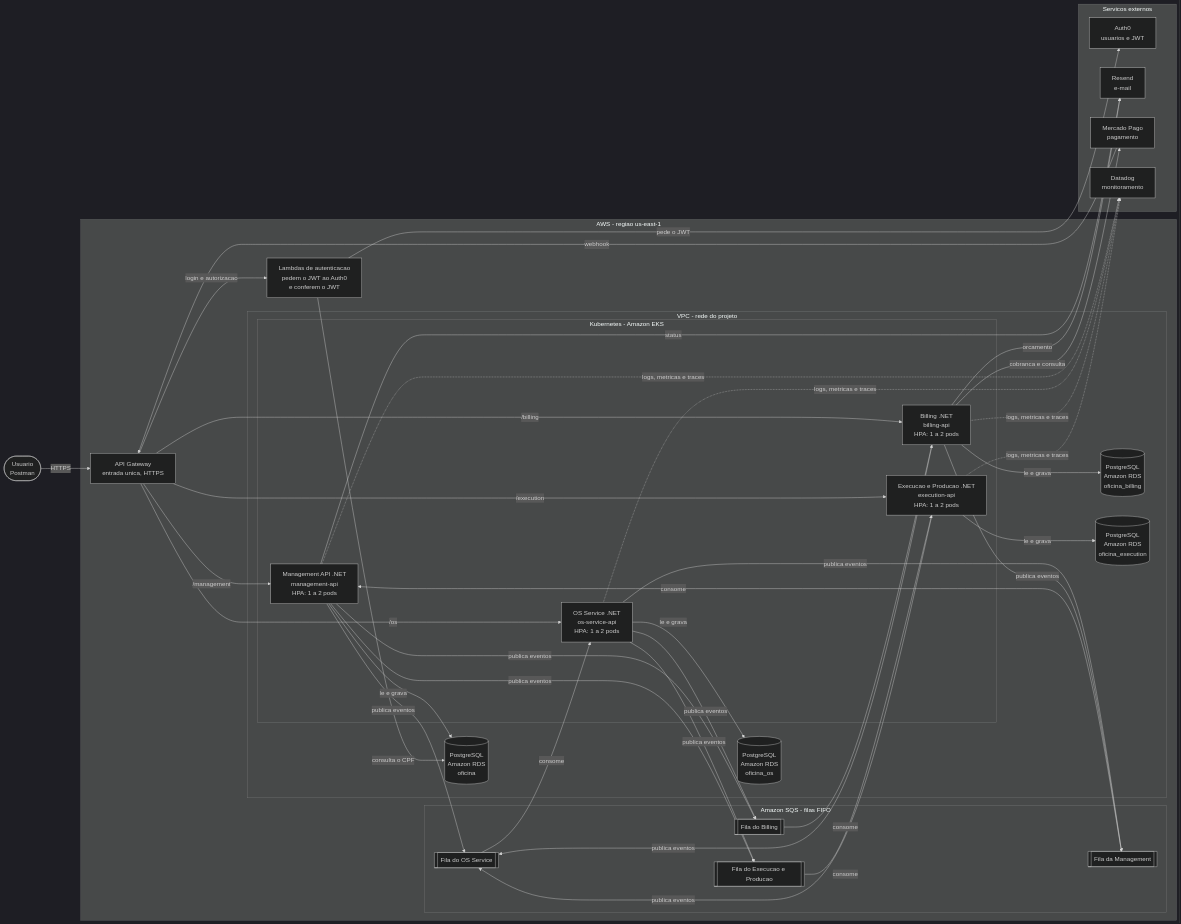
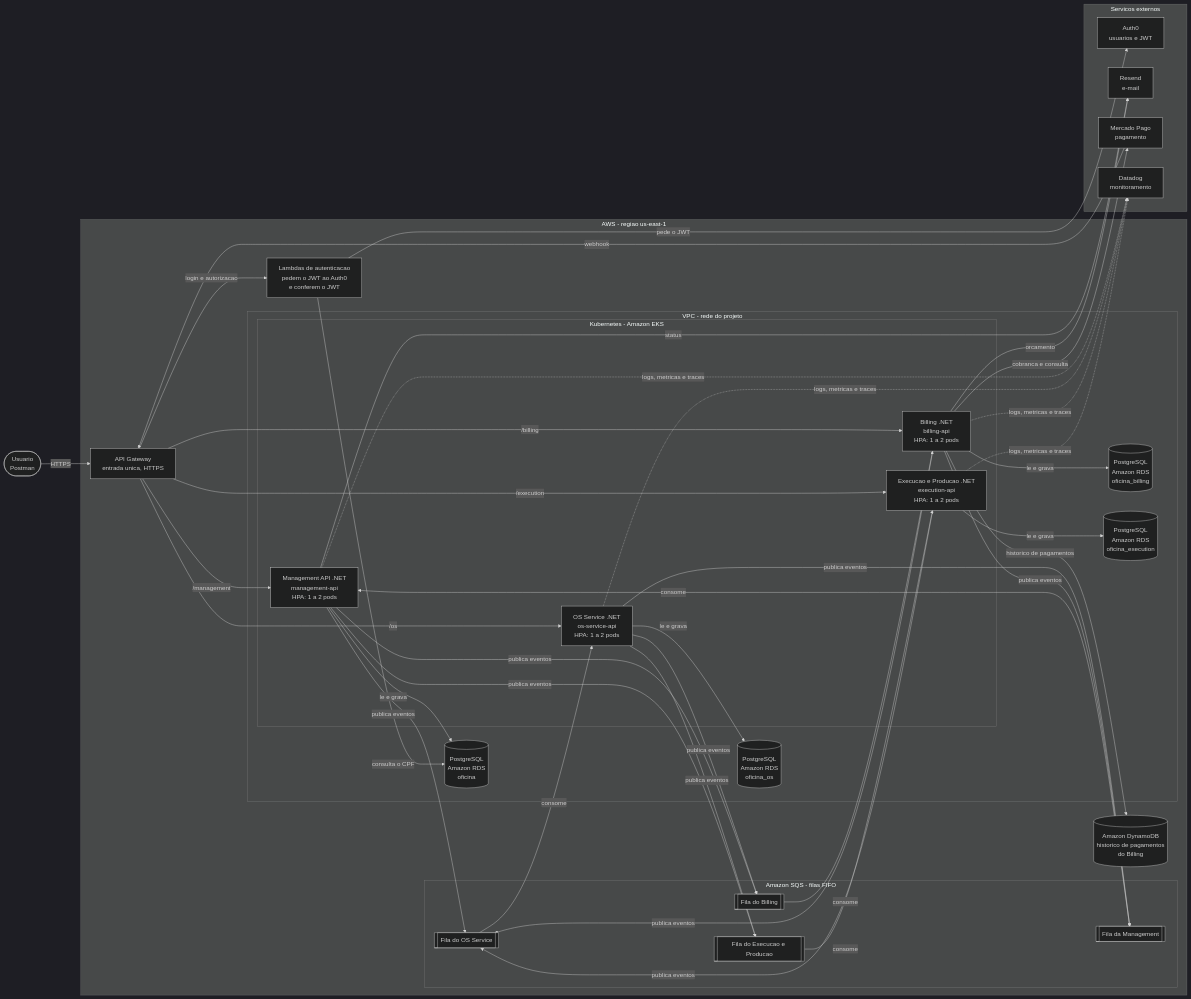
One commit to GuiToniello/tech-challenge-fase-4-MANAGEMENT-soat16-rm374658 changed the first of 6 diagrams in docs/arquitetura.md. Above: the diagram before and after it, drawn with Mermaid (dark theme). The commit also changed other lines of this file and 6 other files, not shown here.

````diff
--- a/docs/arquitetura.md
+++ b/docs/arquitetura.md
@@ -54,70 +55,73 @@
 ```mermaid
 flowchart LR
   Usuario([Usuario<br/>Postman])
 
   subgraph AWS[AWS - regiao us-east-1]
     GW[API Gateway<br/>entrada unica, HTTPS]
     Lambdas[Lambdas de autenticacao<br/>pedem o JWT ao Auth0<br/>e conferem o JWT]
 
     subgraph SQS[Amazon SQS - filas FIFO]
       FilaM[[Fila da Management]]
       FilaOS[[Fila do OS Service]]
       FilaB[[Fila do Billing]]
       FilaE[[Fila do Execucao e Producao]]
     end
+
+    DDBB[(Amazon DynamoDB<br/>historico de pagamentos<br/>do Billing)]
 
     subgraph VPC[VPC - rede do projeto]
       subgraph EKS[Kubernetes - Amazon EKS]
         API[Management API .NET<br/>management-api<br/>HPA: 1 a 2 pods]
         OS[OS Service .NET<br/>os-service-api<br/>HPA: 1 a 2 pods]
         BIL[Billing .NET<br/>billing-api<br/>HPA: 1 a 2 pods]
         EXE[Execucao e Producao .NET<br/>execution-api<br/>HPA: 1 a 2 pods]
       end
       DB[(PostgreSQL<br/>Amazon RDS<br/>oficina)]
       DBOS[(PostgreSQL<br/>Amazon RDS<br/>oficina_os)]
       DBB[(PostgreSQL<br/>Amazon RDS<br/>oficina_billing)]
       DBE[(PostgreSQL<br/>Amazon RDS<br/>oficina_execution)]
     end
   end
 
   subgraph Externos[Servicos externos]
     Auth0[Auth0<br/>usuarios e JWT]
     Resend[Resend<br/>e-mail]
     MP[Mercado Pago<br/>pagamento]
     Datadog[Datadog<br/>monitoramento]
   end
 
   Usuario -->|HTTPS| GW
   GW -->|login e autorizacao| Lambdas
   GW -->|/management| API
   GW -->|/os| OS
   GW -->|/billing| BIL
   GW -->|/execution| EXE
   Lambdas -->|consulta o CPF| DB
   Lambdas -->|pede o JWT| Auth0
   API -->|le e grava| DB
   OS -->|le e grava| DBOS
   BIL -->|le e grava| DBB
+  BIL -->|historico de pagamentos| DDBB
   EXE -->|le e grava| DBE
   OS -->|publica eventos| FilaM
   OS -->|publica eventos| FilaB
   OS -->|publica eventos| FilaE
   API -->|publica eventos| FilaOS
   API -->|publica eventos| FilaB
   API -->|publica eventos| FilaE
   BIL -->|publica eventos| FilaOS
   BIL -->|publica eventos| FilaM
   EXE -->|publica eventos| FilaOS
   FilaM -->|consome| API
   FilaOS -->|consome| OS
   FilaB -->|consome| BIL
   FilaE -->|consome| EXE
   API -->|status| Resend
   BIL -->|orcamento| Resend
   BIL -->|cobranca e consulta| MP
   MP -->|webhook| GW
   API -.->|logs, metricas e traces| Datadog
   OS -.->|logs, metricas e traces| Datadog
   BIL -.->|logs, metricas e traces| Datadog
   EXE -.->|logs, metricas e traces| Datadog
 ```
````
